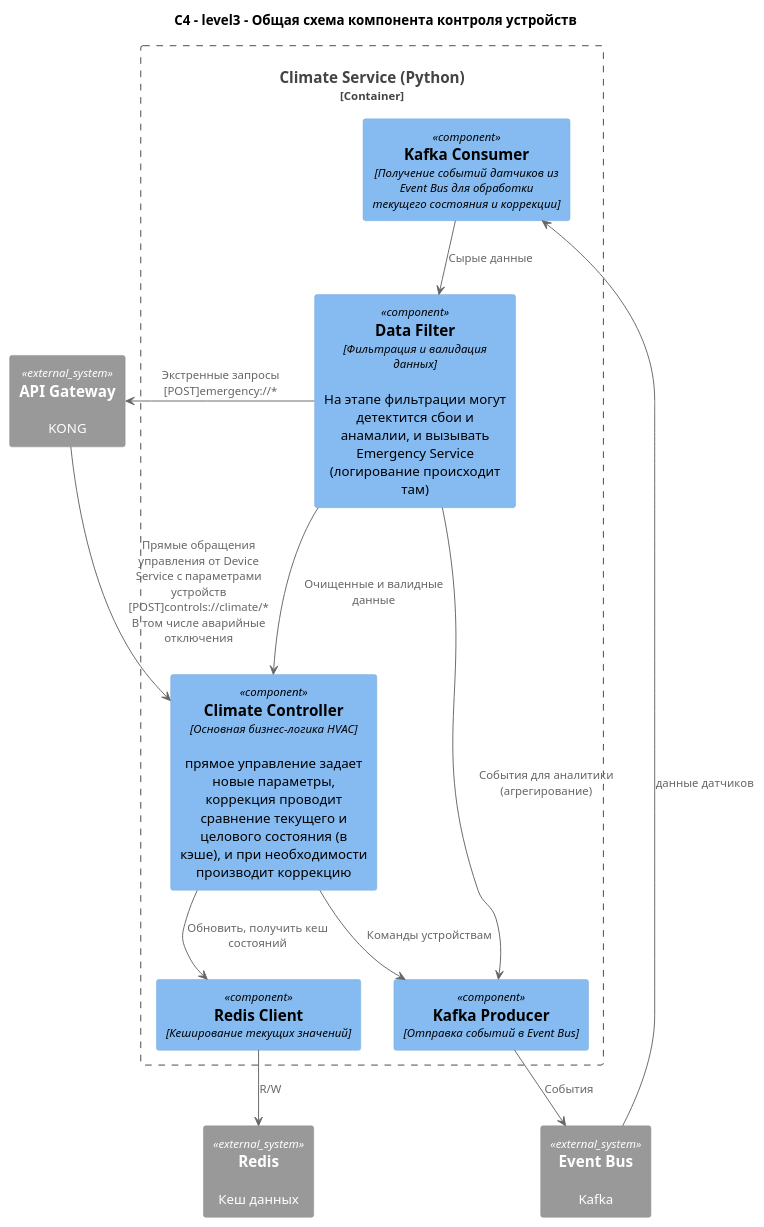
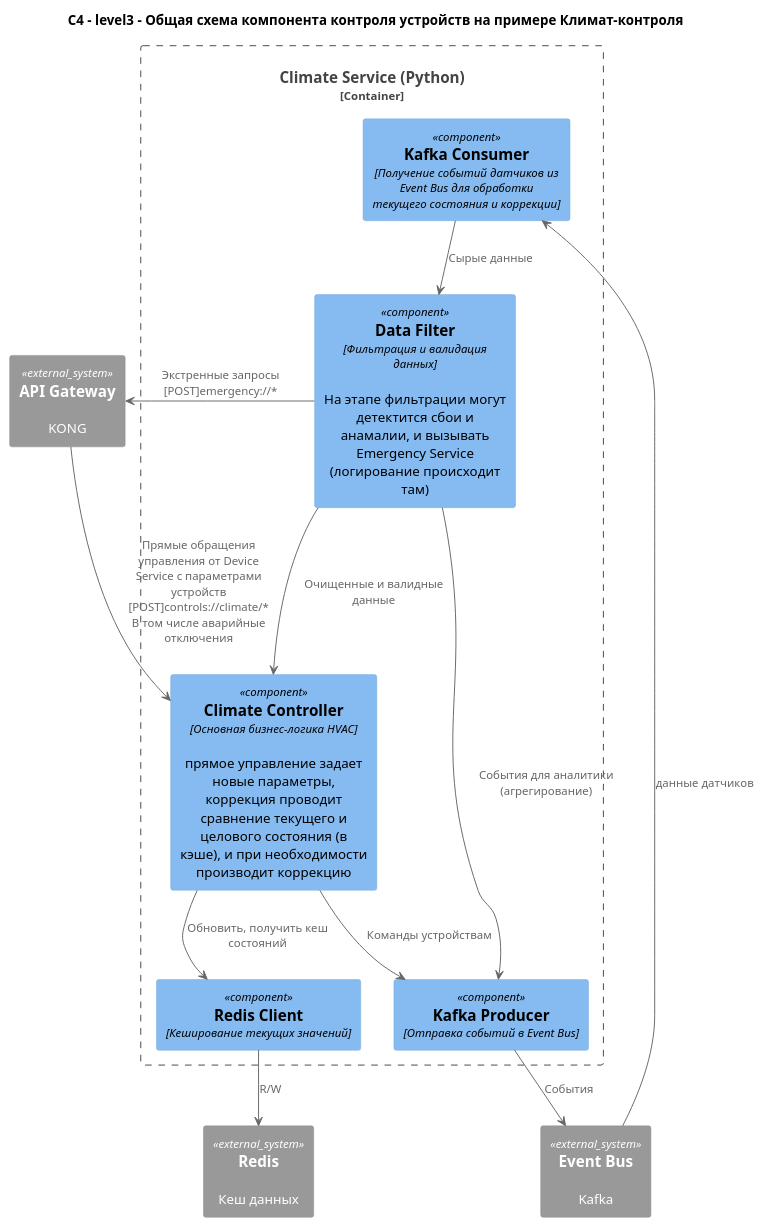
The diagram in smart-home-monolith/docs/C4/to-be-component-climate.puml (AdvanGit/practicum-sprint-3), drawn with PlantUML before and after one commit. The commit also changed 4 other files, not shown here.

```diff
--- a/smart-home-monolith/docs/C4/to-be-component-climate.puml
+++ b/smart-home-monolith/docs/C4/to-be-component-climate.puml
@@ -1,41 +1,41 @@
 @startuml ClimateService_Components
 !include https://raw.githubusercontent.com/plantuml-stdlib/C4-PlantUML/master/C4_Component.puml
 
-title "C4 - level3 - Общая схема компонента контроля устройств"
+title "C4 - level3 - Общая схема компонента контроля устройств на примере Климат-контроля"
 
 ' === Контейнер ===
 Container_Boundary(climate_service, "Climate Service (Python)") {
 
   ' === Ядро сервиса ===
   Component(controller, "Climate Controller", "Основная бизнес-логика HVAC", "прямое управление задает новые параметры, коррекция проводит сравнение текущего и целового состояния (в кэше), и при необходимости производит коррекцию")
   
   ' === Обработка данных ===
   Component(data_filter, "Data Filter", "Фильтрация и валидация данных", "На этапе фильтрации могут детектится сбои и анамалии, и вызывать Emergency Service (логирование происходит там)")
 
   ' === Работа с хранилищами ===
   Component(redis_client, "Redis Client", "Кеширование текущих значений")
   Component(event_producer, "Kafka Producer", "Отправка событий в Event Bus")
   Component(event_consumer, "Kafka Consumer", "Получение событий датчиков из Event Bus для обработки текущего состояния и коррекции")
 
   ' === Взаимодействия ===
   event_consumer --> data_filter : "Сырые данные"
   data_filter --> controller : "Очищенные и валидные данные"
   controller --> event_producer : "Команды устройствам"
   controller --> redis_client : "Обновить, получить кеш состояний"
   data_filter --> event_producer : "События для аналитики (агрегирование)"
 }
 
 ' === Внешние зависимости ===
 System_Ext(api_gw, "API Gateway", "KONG")
 System_Ext(event_bus, "Event Bus", "Kafka")
 System_Ext(redis, "Redis", "Кеш данных")
 
 ' === Ключевые связи ===
 api_gw --> controller : "Прямые обращения управления от Device Service с параметрами устройств [POST]controls://climate/*\nВ том числе аварийные отключения"
 
 event_bus --> event_consumer  : "данные датчиков"
 redis_client --> redis : "R/W"
 event_producer --> event_bus : "События"
 data_filter --> api_gw : "Экстренные запросы [POST]emergency://*"
 
 @enduml
```
